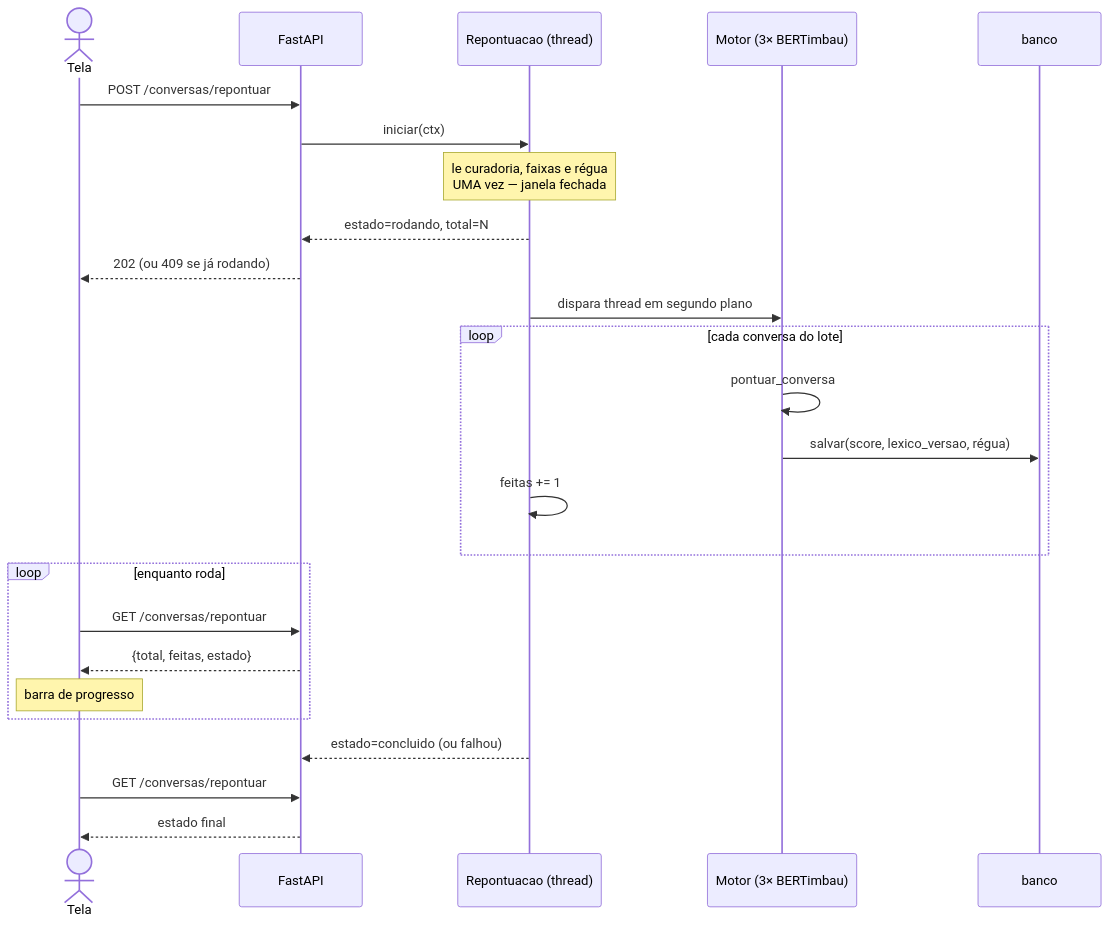
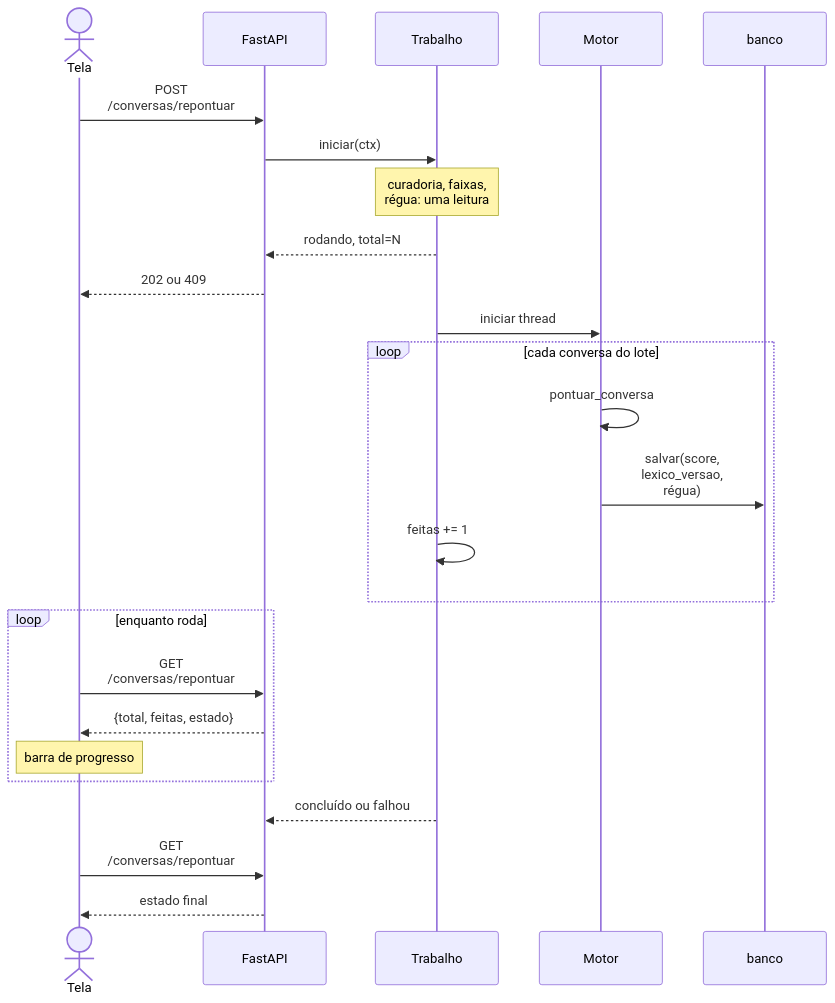
One commit to Joao-Tavares0312/Fraus changed the third of 3 diagrams in docs/arquitetura.md. Above: the diagram before and after it, drawn with Mermaid. The commit also changed other lines of this file and 45 other files, not shown here.

````diff
--- a/docs/arquitetura.md
+++ b/docs/arquitetura.md
@@ -113,31 +147,31 @@
 ```mermaid
 sequenceDiagram
     actor T as Tela
     participant API as FastAPI
-    participant R as Repontuacao (thread)
-    participant M as Motor (3× BERTimbau)
+    participant R as Trabalho
+    participant M as Motor
     participant DB as banco
 
-    T->>API: POST /conversas/repontuar
+    T->>API: POST<br/>/conversas/repontuar
     API->>R: iniciar(ctx)
-    Note over R: le curadoria, faixas e régua<br/>UMA vez — janela fechada
-    R-->>API: estado=rodando, total=N
-    API-->>T: 202 (ou 409 se já rodando)
-    R->>M: dispara thread em segundo plano
+    Note over R: curadoria, faixas,<br/>régua: uma leitura
+    R-->>API: rodando, total=N
+    API-->>T: 202 ou 409
+    R->>M: iniciar thread
 
     loop cada conversa do lote
         M->>M: pontuar_conversa
-        M->>DB: salvar(score, lexico_versao, régua)
+        M->>DB: salvar(score,<br/>lexico_versao,<br/>régua)
         R->>R: feitas += 1
     end
 
     loop enquanto roda
-        T->>API: GET /conversas/repontuar
+        T->>API: GET<br/>/conversas/repontuar
         API-->>T: {total, feitas, estado}
         Note over T: barra de progresso
     end
 
-    R-->>API: estado=concluido (ou falhou)
-    T->>API: GET /conversas/repontuar
+    R-->>API: concluído ou falhou
+    T->>API: GET<br/>/conversas/repontuar
     API-->>T: estado final
 ```
````
